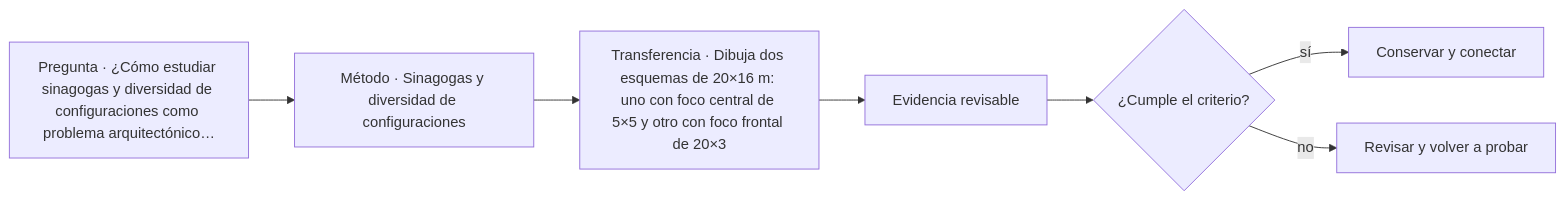
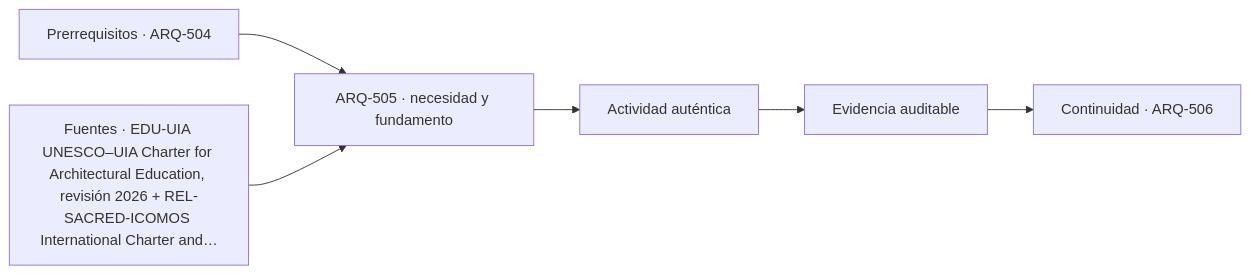
One commit to vladimiracunadev-create/architecture-built-environment-learning-program changed the diagram in classes/parte-51/ARQ-505.md. Above: the diagram before and after it, drawn with Mermaid. The commit also changed other lines of this file and 761 other files, not shown here.

````diff
--- a/classes/parte-51/ARQ-505.md
+++ b/classes/parte-51/ARQ-505.md
@@ -81,9 +93,8 @@
 ```mermaid
 flowchart LR
-    Q["Pregunta · ¿Cómo estudiar sinagogas y diversidad de configuraciones como problema arquitectónico…"] --> M["Método · Sinagogas y diversidad de configuraciones"]
-    M --> P["Transferencia · Dibuja dos esquemas de 20×16 m: uno con foco central de 5×5 y otro con foco frontal de 20×3"]
-    P --> E["Evidencia revisable"]
-    E --> C{"¿Cumple el criterio?"}
-    C -->|sí| T["Conservar y conectar"]
-    C -->|no| R["Revisar y volver a probar"]
+    A["Prerrequisitos · ARQ-504"] --> B["ARQ-505 · necesidad y fundamento"]
+    S["Fuentes · EDU-UIA UNESCO–UIA Charter for Architectural Education, revisión 2026 + REL-SACRED-ICOMOS International Charter and…"] --> B
+    B --> C["Actividad auténtica"]
+    C --> D["Evidencia auditable"]
+    D --> E["Continuidad · ARQ-506"]
 ```
````
